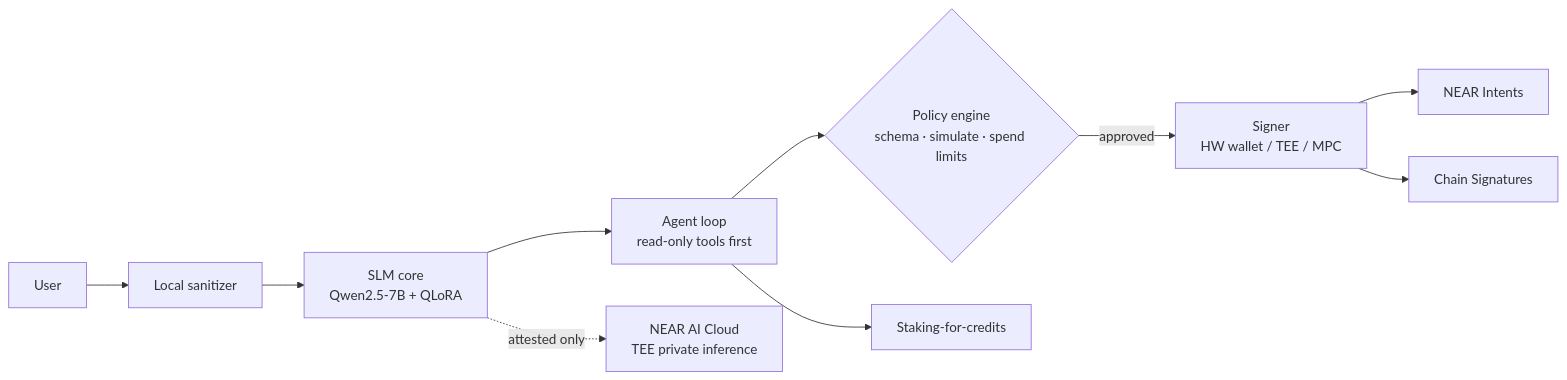
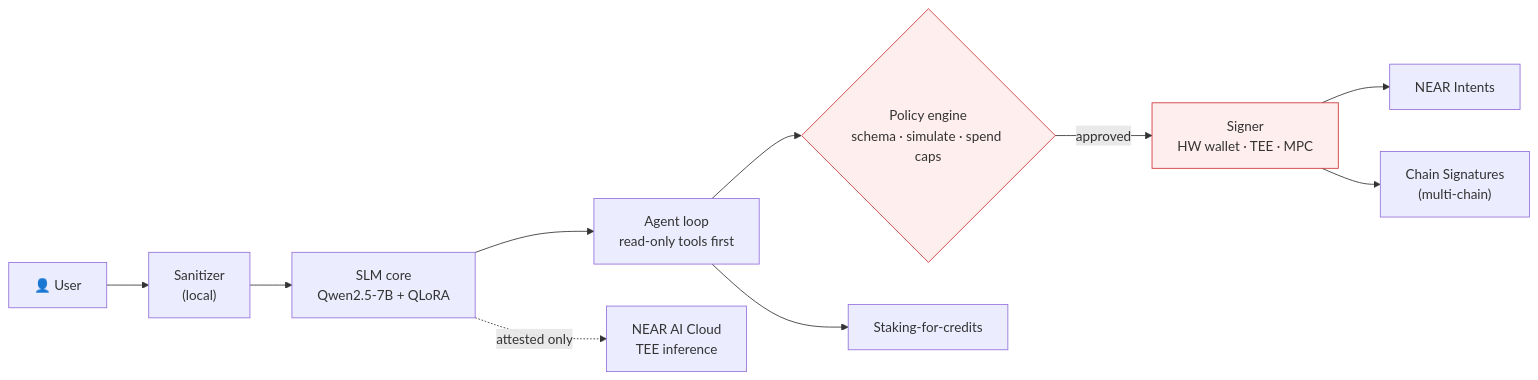
One commit to 9lordisgod/salomon changed the second of 3 diagrams in README.md. Above: the diagram before and after it, drawn with Mermaid. The commit also changed other lines of this file, not shown here.

Commit message:
docs(readme): sharper problem/why-it-matters, request-flow diagram, stack strip

````diff
--- a/README.md
+++ b/README.md
@@ -15,12 +76,14 @@
 ```mermaid
 flowchart LR
-  U[User] --> S[Local sanitizer]
-  S --> M[SLM core<br/>Qwen2.5-7B + QLoRA]
-  M --> A[Agent loop<br/>read-only tools first]
-  A --> P{Policy engine<br/>schema · simulate · spend limits}
-  P -->|approved| SG[Signer<br/>HW wallet / TEE / MPC]
-  M -. attested only .-> T[NEAR AI Cloud<br/>TEE private inference]
-  SG --> I[NEAR Intents]
-  SG --> C[Chain Signatures]
-  A --> CR[Staking-for-credits]
+  U["👤 User"] --> S["Sanitizer<br/>(local)"]
+  S --> M["SLM core<br/>Qwen2.5-7B + QLoRA"]
+  M --> A["Agent loop<br/>read-only tools first"]
+  A --> P{"Policy engine<br/>schema · simulate · spend caps"}
+  P -->|approved| SG["Signer<br/>HW wallet · TEE · MPC"]
+  M -. "attested only" .-> T["NEAR AI Cloud<br/>TEE inference"]
+  SG --> I["NEAR Intents"]
+  SG --> C["Chain Signatures<br/>(multi-chain)"]
+  A --> CR["Staking-for-credits"]
+  classDef stop fill:#fee,stroke:#c33;
+  class P,SG stop;
 ```
````
